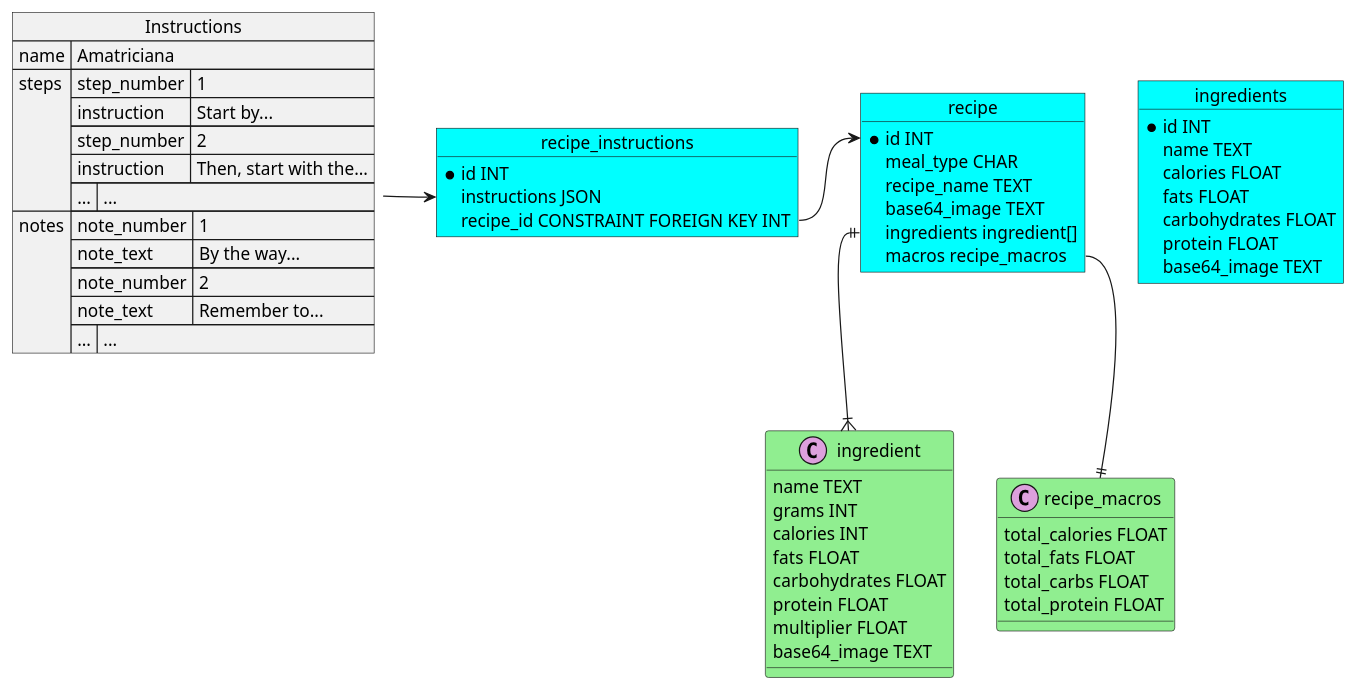
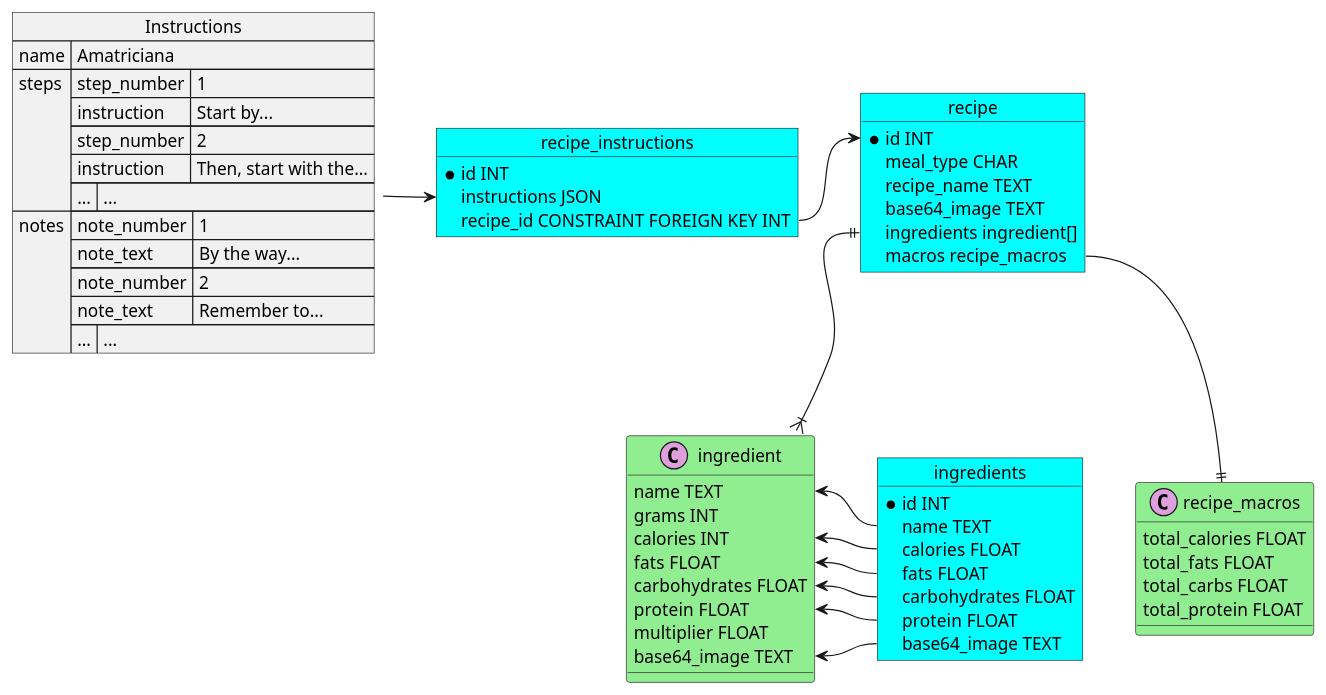
One commit to LegendsAndreas/kitchen-app changed the first of 2 diagrams in DatabaseDiagram.puml. Above: the diagram before and after it, drawn with PlantUML. The commit also changed other lines of this file and 7 other files, not shown here.

```diff
--- a/DatabaseDiagram.puml
+++ b/DatabaseDiagram.puml
@@ -1,95 +1,100 @@
 @startuml
-'DB Diagram
 skinparam class{
     BackgroundColor LightGreen
 }
 
 skinparam object{
     BackgroundColor Cyan
 }
 
 skinparam json{
     BackgroundColor LightGreen
 }
 
 object recipe {
     * id INT
     meal_type CHAR
     recipe_name TEXT
     base64_image TEXT
     ingredients ingredient[]
     macros recipe_macros
 }
 
 class ingredient <<(C,plum)>>{
     name TEXT
     grams INT
     calories INT
     fats FLOAT
     carbohydrates FLOAT
     protein FLOAT
     multiplier FLOAT
     base64_image TEXT
 }
 
 class recipe_macros <<(C,plum)>>{
     total_calories FLOAT
     total_fats FLOAT
     total_carbs FLOAT
     total_protein FLOAT
 }
 
 recipe::ingredient ||--|{ ingredient
 recipe::macros --|| recipe_macros
 
 object recipe_instructions{
     * id INT
     instructions JSON
     recipe_id CONSTRAINT FOREIGN KEY INT
 }
 
 object ingredients{
     * id INT
     name TEXT
     calories FLOAT
     fats FLOAT
     carbohydrates FLOAT
     protein FLOAT
     base64_image TEXT
 }
 
 json Instructions{
     "name":"Amatriciana",
     "steps": [
     {
         "step_number":1,
         "instruction": "Start by..."
     },
     {
         "step_number":2,
         "instruction": "Then, start with the..."
     },
     {
         "...":"..."
     }
     ],
     
     "notes": [
     {
         "note_number":1,
         "note_text": "By the way..."
     },
     {
         "note_number":2,
         "note_text": "Remember to..."
     },
     {
         "...":"..."
     }
     ]
 }
 
 recipe_instructions::recipe_id -> recipe::id
 Instructions -> recipe_instructions::instructions
 
+ingredient::name <- ingredients::name
+ingredient::calories <- ingredients::calories
+ingredient::fats <- ingredients::fats
+ingredient::carbohydrates <- ingredients::carbohydrates
+ingredient::protein <- ingredients::protein
+ingredient::base64_image <- ingredients::base64_image
 @enduml
```
